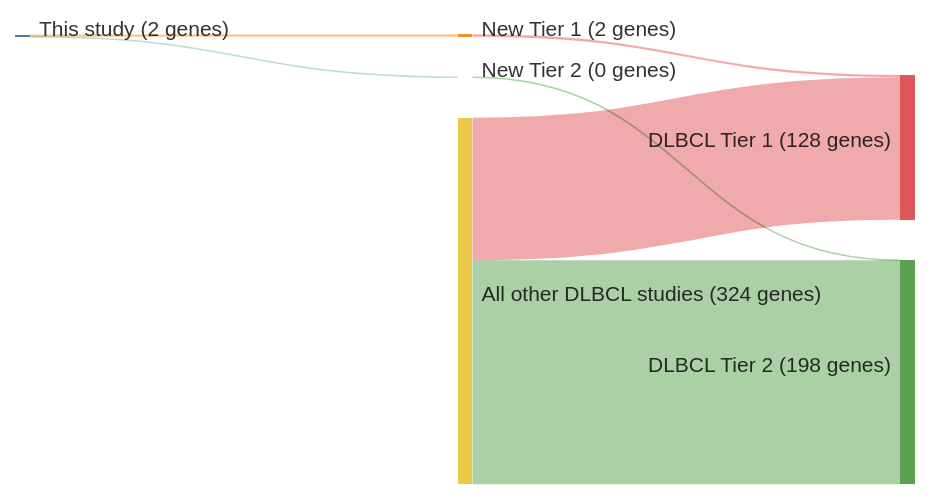
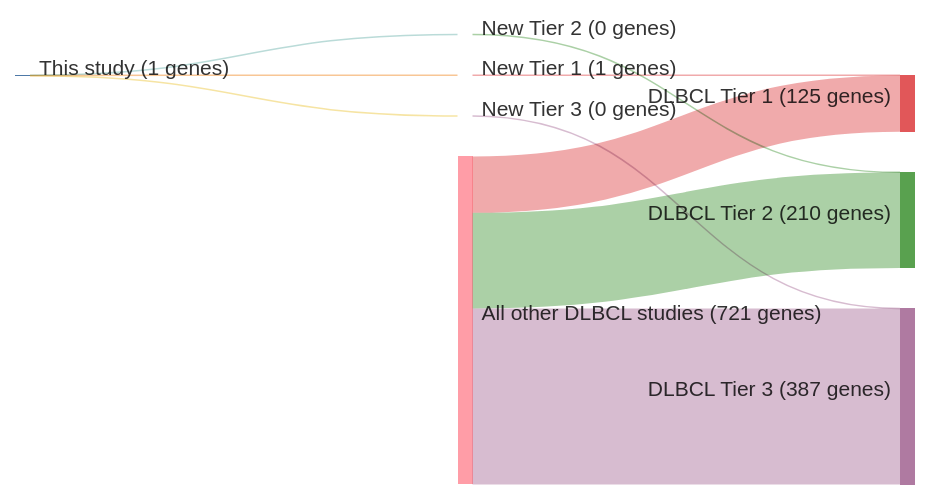
The diagram in papers/mareschalWholeExomeSequencing2016.md (morinlab/lymphopedia), drawn with Mermaid before and after one commit. The commit also changed other lines of this file and 81 other files, not shown here.

````diff
--- a/papers/mareschalWholeExomeSequencing2016.md
+++ b/papers/mareschalWholeExomeSequencing2016.md
@@ -12,20 +12,23 @@
 ```mermaid
 ---
 config:
     sankey:
         showValues: true
         linkColor: target
         width: 600
         height: 300
         nodeAlignment: right
         prefix: '('
         suffix: ' genes)'
 ---
 sankey-beta
-This study, New Tier 1, 2
-New Tier 1, DLBCL Tier 1, 2
+This study, New Tier 1, 1
+New Tier 1, DLBCL Tier 1, 1
 This study, New Tier 2, 0
 New Tier 2, DLBCL Tier 2, 0
-All other DLBCL studies, DLBCL Tier 1, 126
-All other DLBCL studies, DLBCL Tier 2, 198
+This study, New Tier 3, 0
+New Tier 3, DLBCL Tier 3, 0
+All other DLBCL studies, DLBCL Tier 1, 124
+All other DLBCL studies, DLBCL Tier 2, 210
+All other DLBCL studies, DLBCL Tier 3, 387
 ```
````
